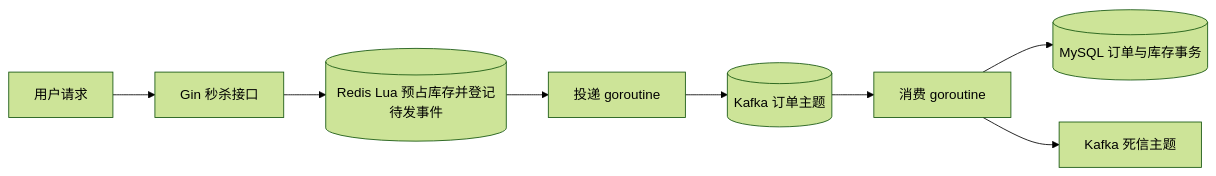
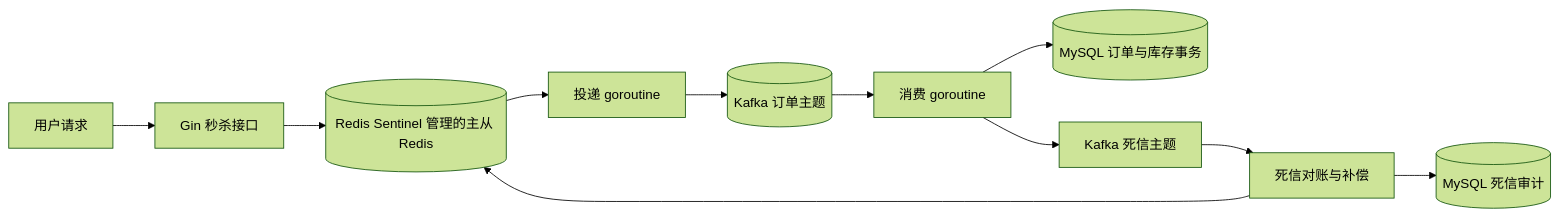
The diagram in docs/03-seckill-design.md (GengNSCUTer/local-life-service-platform-GO), drawn with Mermaid (forest theme) before and after one commit. The commit also changed other lines of this file and 15 other files, not shown here.

````diff
--- a/docs/03-seckill-design.md
+++ b/docs/03-seckill-design.md
@@ -3,10 +3,13 @@
 ```mermaid
 flowchart LR
     Client[用户请求] --> API[Gin 秒杀接口]
-    API --> Redis[(Redis Lua 预占库存并登记待发事件)]
+    API --> Redis[(Redis Sentinel 管理的主从 Redis)]
     Redis --> Relay[投递 goroutine]
     Relay --> Kafka[(Kafka 订单主题)]
     Kafka --> Consumer[消费 goroutine]
     Consumer --> MySQL[(MySQL 订单与库存事务)]
     Consumer --> DLQ[Kafka 死信主题]
+    DLQ --> Reconciler[死信对账与补偿]
+    Reconciler --> Audit[(MySQL 死信审计)]
+    Reconciler --> Redis
 ```
````
